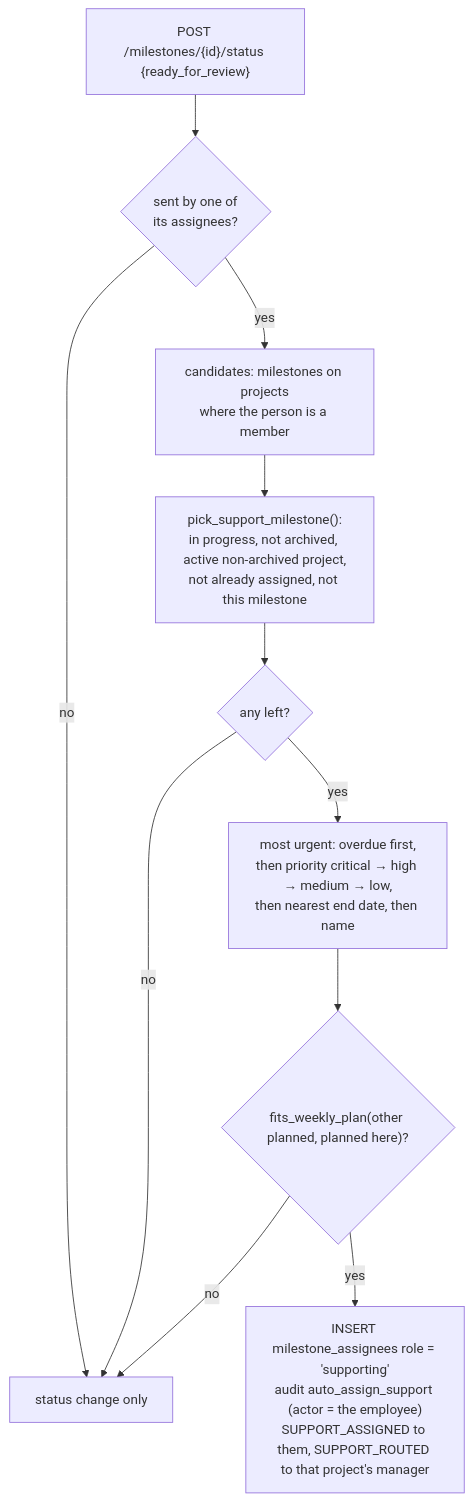
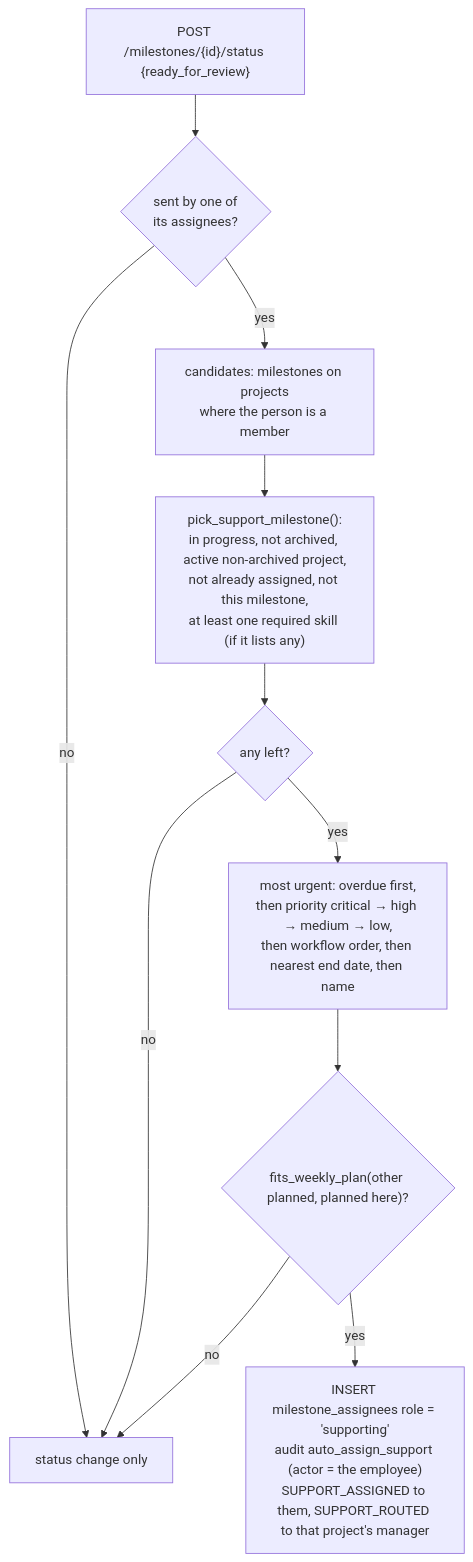
The ninth of 16 diagrams in docs/project/LOGIC_WALKTHROUGH.md (RootMoataz/citi-overwatch), drawn with Mermaid before and after one commit. The commit also changed other lines of this file and 3 other files, not shown here.

Commit message:
Document the milestone workflow: skills, routing after completion, kickbacks and progress updates

````diff
--- a/docs/project/LOGIC_WALKTHROUGH.md
+++ b/docs/project/LOGIC_WALKTHROUGH.md
@@ -235,13 +238,13 @@
 ```mermaid
 flowchart TD
   A["POST /milestones/{id}/status {ready_for_review}"] --> B{sent by one of<br/>its assignees?}
   B -- no --> Done[status change only]
   B -- yes --> C[candidates: milestones on projects<br/>where the person is a member]
-  C --> D["pick_support_milestone():<br/>in progress, not archived, active non-archived project,<br/>not already assigned, not this milestone"]
+  C --> D["pick_support_milestone():<br/>in progress, not archived, active non-archived project,<br/>not already assigned, not this milestone,<br/>at least one required skill (if it lists any)"]
   D --> E{any left?}
   E -- no --> Done
-  E -- yes --> F[most urgent: overdue first,<br/>then priority critical → high → medium → low,<br/>then nearest end date, then name]
+  E -- yes --> F[most urgent: overdue first,<br/>then priority critical → high → medium → low,<br/>then workflow order, then nearest end date, then name]
   F --> G{"fits_weekly_plan(other planned, planned here)?"}
   G -- no --> Done
   G -- yes --> H["INSERT milestone_assignees role = 'supporting'<br/>audit auto_assign_support (actor = the employee)<br/>SUPPORT_ASSIGNED to them, SUPPORT_ROUTED to that project's manager"]
 ```
````
